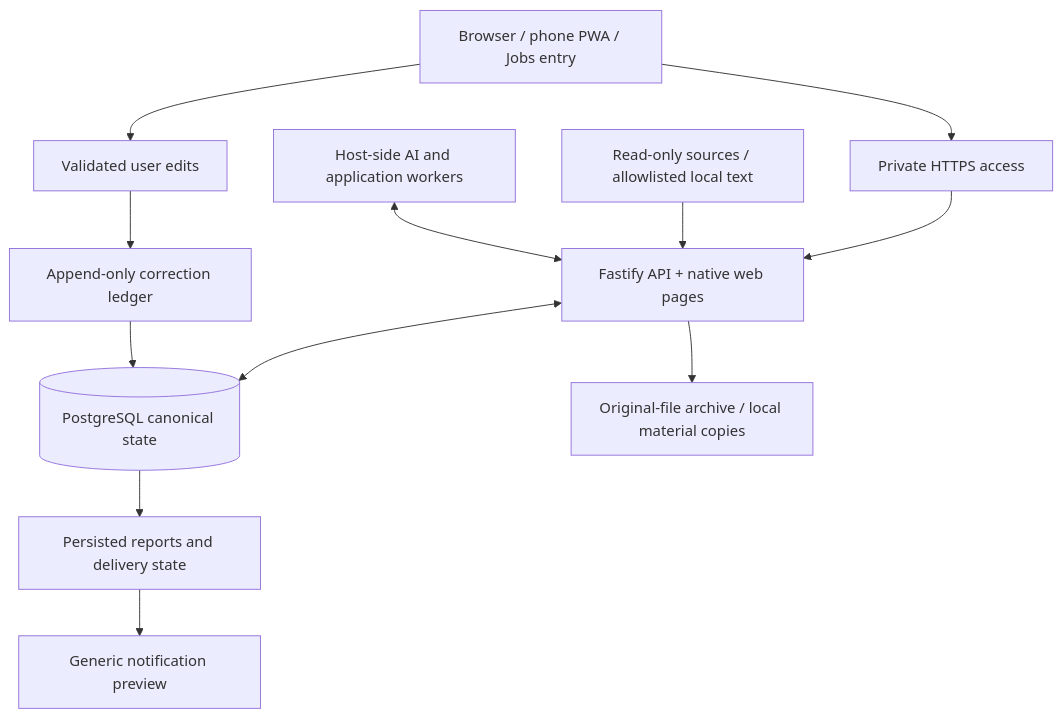
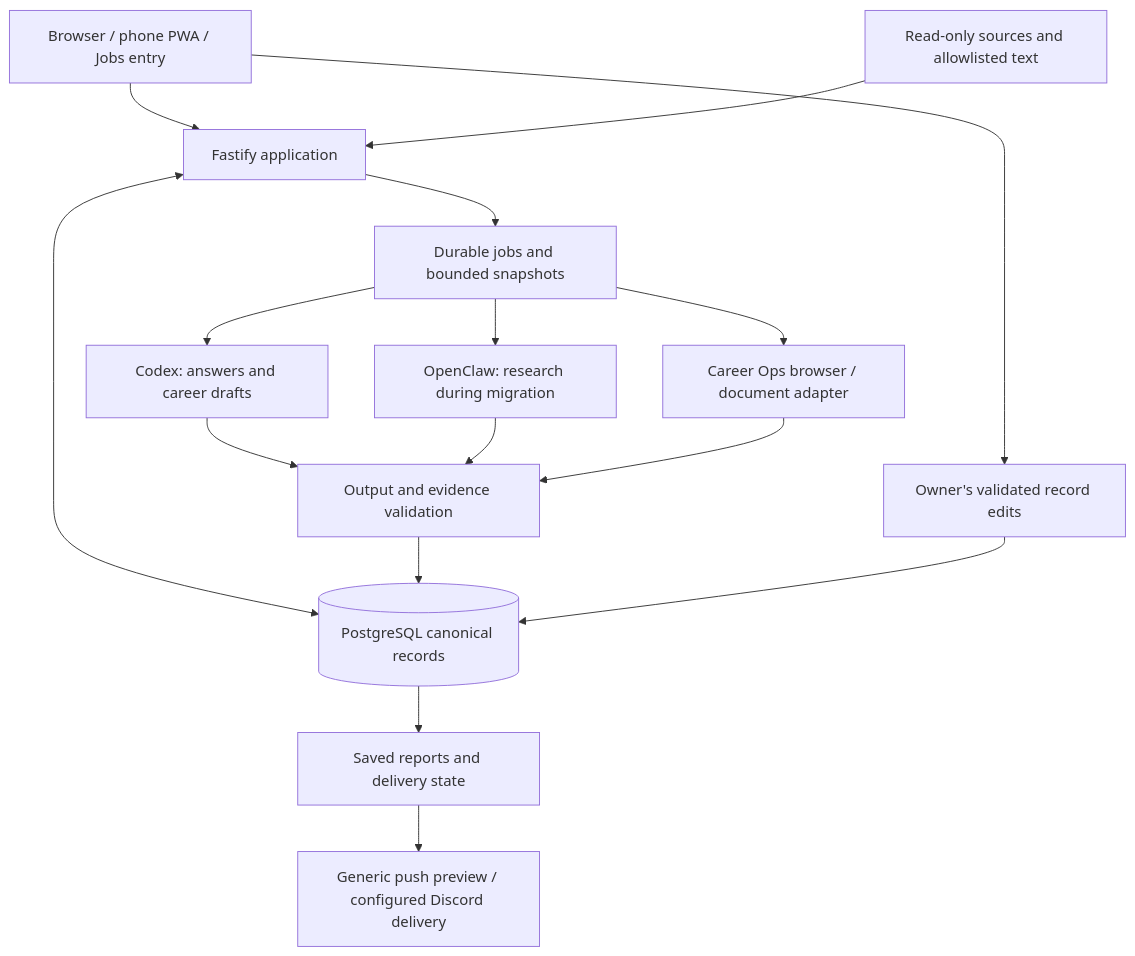
Before and after one commit to Zeeekrom/lifeops-atlas-showcase: the second of 2 diagrams in README.md, drawn with Mermaid. The commit also changed other lines of this file and 5 other files, not shown here.

````diff
--- a/README.md
+++ b/README.md
@@ -112,14 +168,18 @@
 ```mermaid
 flowchart TD
-    UI[Browser / phone PWA / Jobs entry] --> Access[Private HTTPS access]
-    Access --> API[Fastify API + native web pages]
-    API <--> DB[(PostgreSQL canonical state)]
-    Sources[Read-only sources / allowlisted local text] --> API
-    UI --> Changes[Validated user edits]
-    Changes --> Ledger[Append-only correction ledger]
-    Ledger --> DB
-    Workers[Host-side AI and application workers] <--> API
-    API --> Files[Original-file archive / local material copies]
-    DB --> Reports[Persisted reports and delivery state]
-    Reports --> Push[Generic notification preview]
+    UI["Browser / phone PWA / Jobs entry"] --> API["Fastify application"]
+    API <--> DB[("PostgreSQL canonical records")]
+    Sources["Read-only sources and allowlisted text"] --> API
+    API --> Queue["Durable jobs and bounded snapshots"]
+    Queue --> Text["Codex: answers and career drafts"]
+    Queue --> Radar["OpenClaw: research during migration"]
+    Queue --> Career["Career Ops browser / document adapter"]
+    Text --> Check["Output and evidence validation"]
+    Radar --> Check
+    Career --> Check
+    Check --> DB
+    UI --> Edits["Owner's validated record edits"]
+    Edits --> DB
+    DB --> Delivery["Saved reports and delivery state"]
+    Delivery --> Notify["Generic push preview / configured Discord delivery"]
 ```
````
